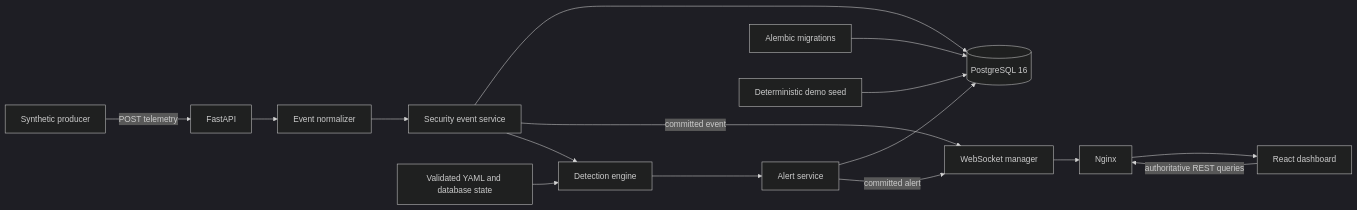
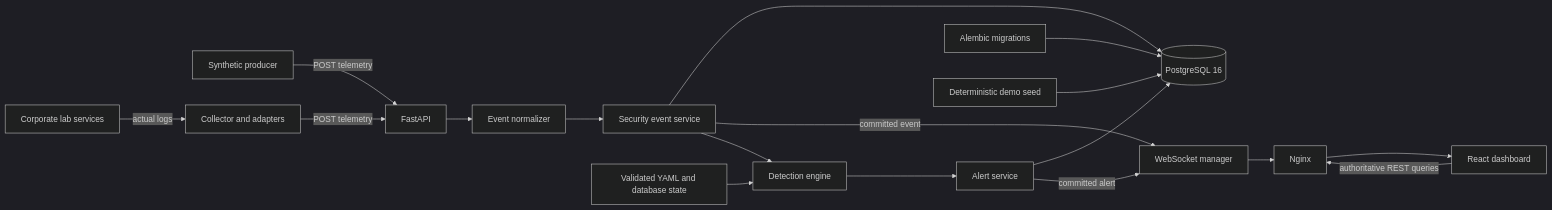
The diagram in README.md (Mayroskapnos/sentinel-security-platform), drawn with Mermaid (dark theme) before and after one commit. The commit also changed other lines of this file and 63 other files, not shown here.

Commit message:
feat: implement isolated corporate security lab

````diff
--- a/README.md
+++ b/README.md
@@ -36,18 +41,20 @@
 ```mermaid
 flowchart LR
     Producer[Synthetic producer] -->|POST telemetry| API[FastAPI]
+    Lab[Corporate lab services] -->|actual logs| Collector[Collector and adapters]
+    Collector -->|POST telemetry| API
     API --> Normalizer[Event normalizer]
     Normalizer --> Service[Security event service]
     Service --> DB[(PostgreSQL 16)]
     Service -->|committed event| WS[WebSocket manager]
     Service --> Engine[Detection engine]
     Rules[Validated YAML and database state] --> Engine
     Engine --> Alerts[Alert service]
     Alerts --> DB
     Alerts -->|committed alert| WS
     WS --> Proxy[Nginx]
     Proxy --> UI[React dashboard]
     UI -->|authoritative REST queries| Proxy
     Alembic[Alembic migrations] --> DB
     Seed[Deterministic demo seed] --> DB
 ```
````
